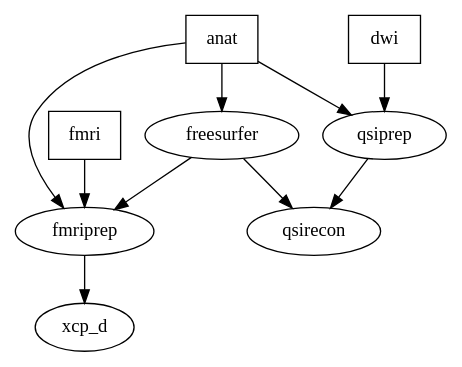
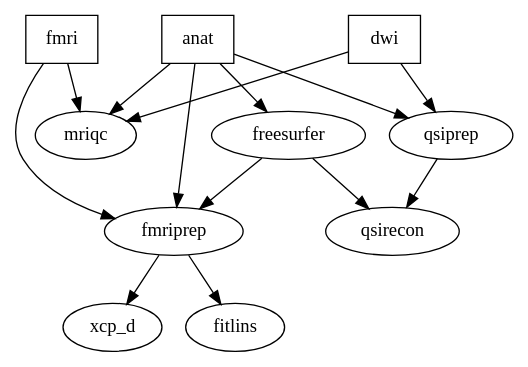
One commit to psychmedImaging/rtd-psykserver changed the diagram in docs/source/UPPMAX.rst. Above: the diagram before and after it, drawn with Graphviz.

Commit message:
Update flowchart

```diff
--- a/docs/source/UPPMAX.rst
+++ b/docs/source/UPPMAX.rst
@@ -12,16 +12,20 @@
 .. graphviz::
 
    digraph {
       "anat" [shape=box];
       "dwi" [shape=box];
       "fmri" [shape=box];
+      "anat" -> "mriqc";
+      "dwi" -> "mriqc";
+      "fmri" -> "mriqc";
       "fmri" -> "fmriprep";
       "anat" -> "fmriprep";
       "anat" -> "qsiprep";
       "anat" -> "freesurfer";
       "dwi" -> "qsiprep";
       "qsiprep" -> "qsirecon";
       "fmriprep" -> "xcp_d";
       "freesurfer" -> "fmriprep";
       "freesurfer" -> "qsirecon";
+      "fmriprep" -> "fitlins";
    }
```
